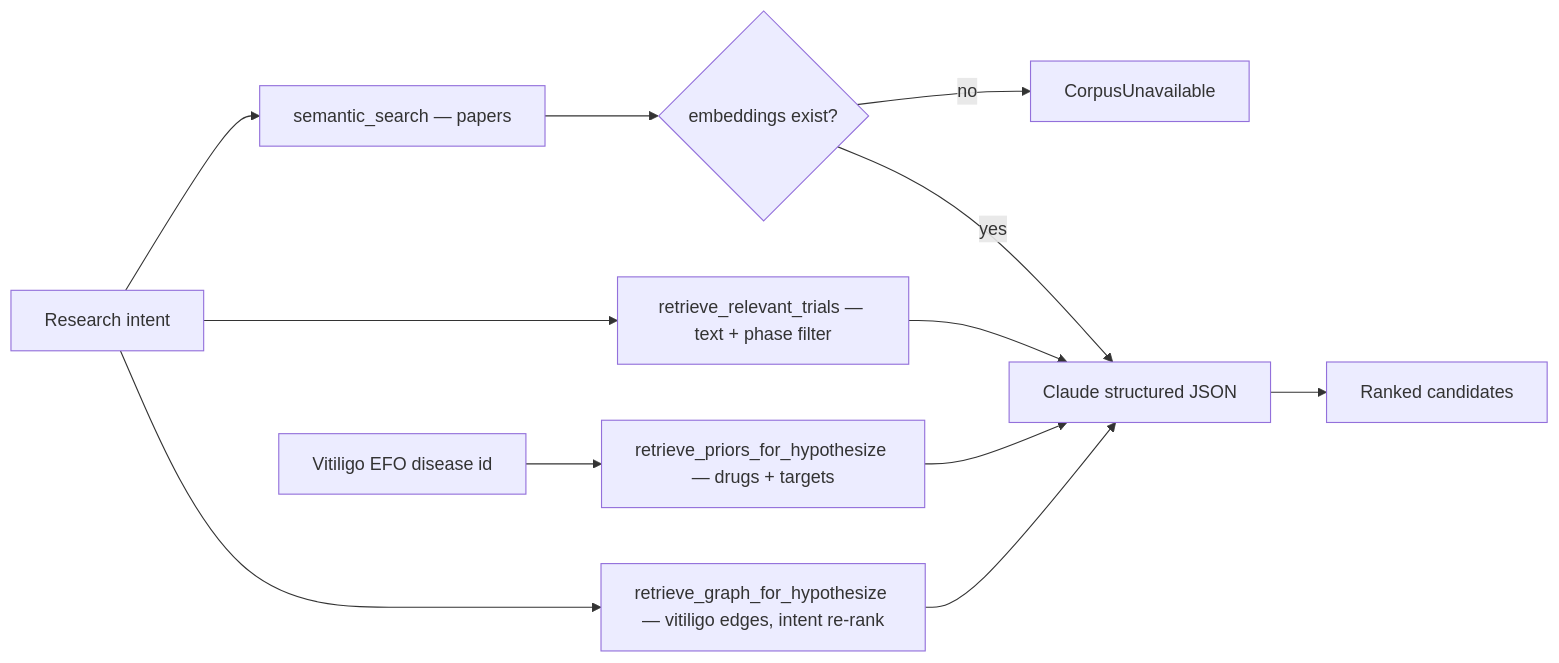
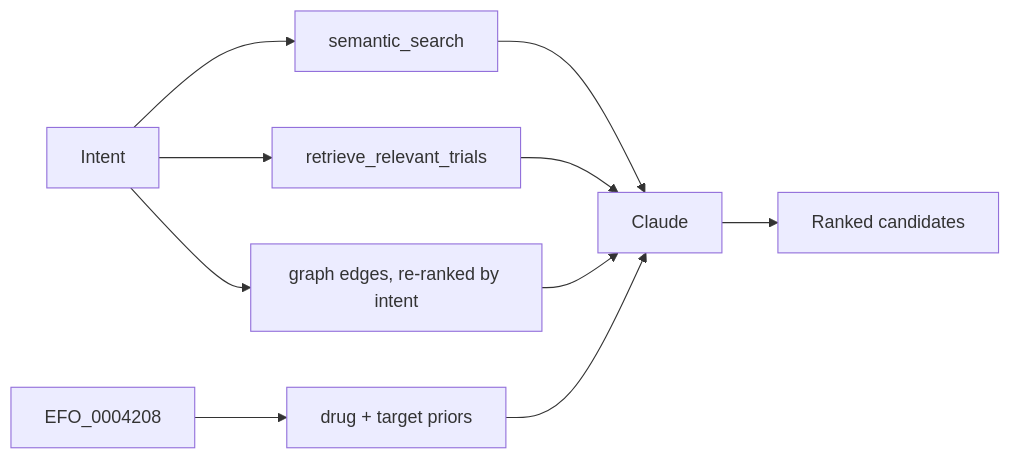
Before and after one commit to recepsirin/vitiligo-initiative: the second of 2 diagrams in docs/architecture.md, drawn with Mermaid. The commit also changed other lines of this file and 10 other files, not shown here.

````diff
--- a/docs/architecture.md
+++ b/docs/architecture.md
@@ -182,15 +62,8 @@
 ```mermaid
 flowchart LR
-  Intent[Research intent]
-  Intent --> Papers[semantic_search — papers]
-  Intent --> Trials[retrieve_relevant_trials — text + phase filter]
-  Intent --> Graph[retrieve_graph_for_hypothesize — vitiligo edges, intent re-rank]
-  EFO[Vitiligo EFO disease id] --> Priors[retrieve_priors_for_hypothesize — drugs + targets]
-  Papers --> Gate{embeddings exist?}
-  Gate -->|no| Fail[CorpusUnavailable]
-  Gate -->|yes| LLM[Claude structured JSON]
-  Trials --> LLM
-  Priors --> LLM
-  Graph --> LLM
-  LLM --> Out[Ranked candidates]
+  Intent --> Papers[semantic_search]
+  Intent --> Trials[retrieve_relevant_trials]
+  Intent --> Graph[graph edges, re-ranked by intent]
+  EFO[EFO_0004208] --> Priors[drug + target priors]
+  Papers & Trials & Graph & Priors --> LLM[Claude] --> Out[Ranked candidates]
 ```
````
